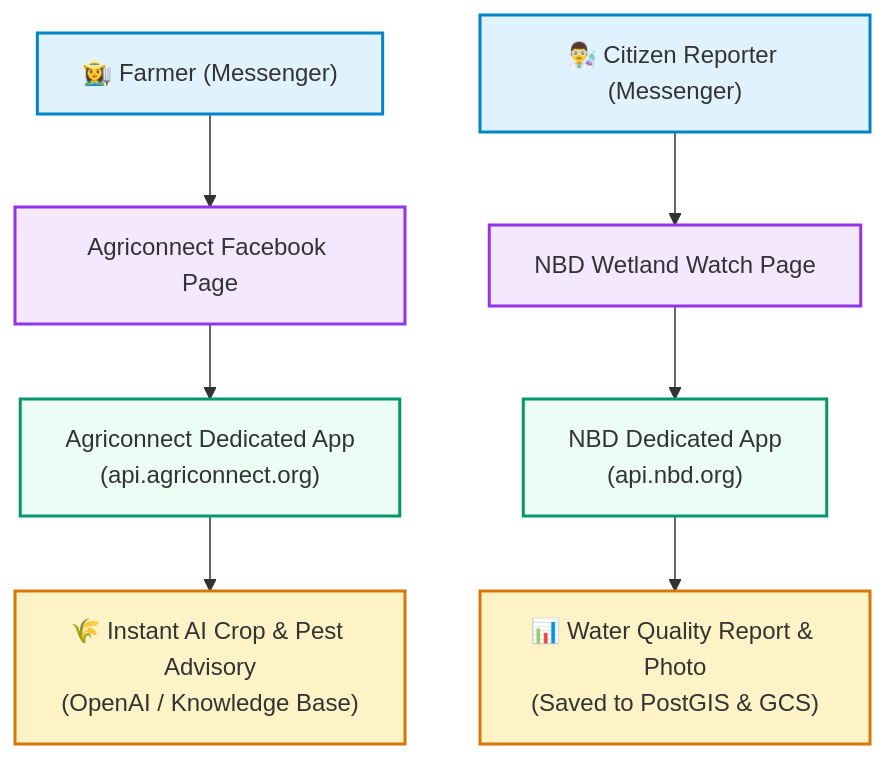
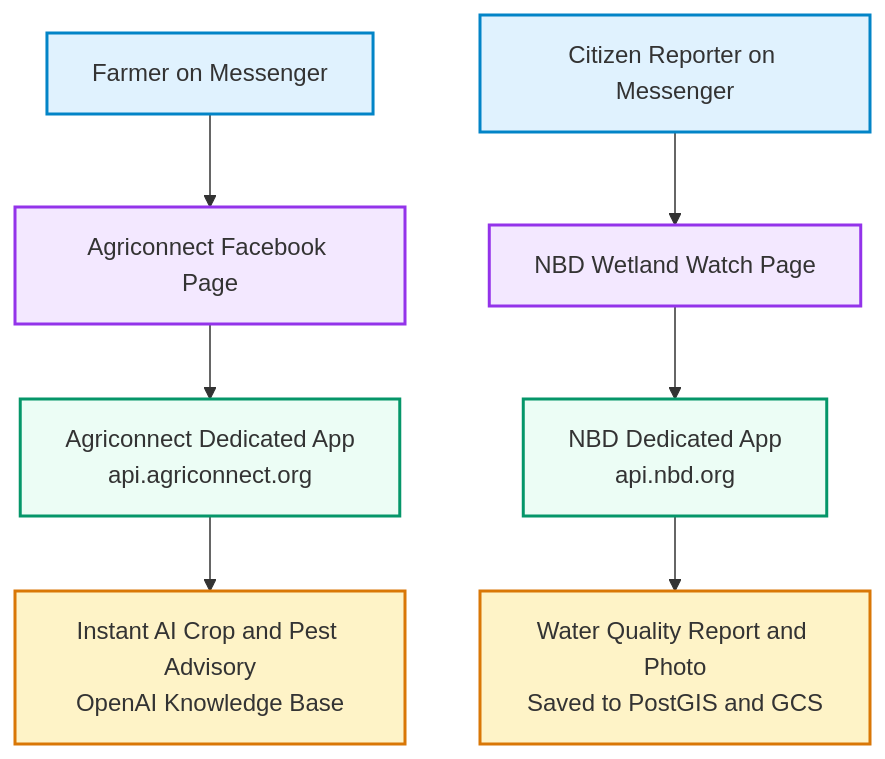
Before and after one commit to akvo/nbd-phase-1: the first of 2 diagrams in docs/facebook_messenger_exploration_executive_summary.md, drawn with Mermaid. The commit also changed other lines of this file and 1 other file, not shown here.

Commit message:
[#170] fix(docs): harden mermaid syntax and quote subgraph titles for github renderer

````diff
--- a/docs/facebook_messenger_exploration_executive_summary.md
+++ b/docs/facebook_messenger_exploration_executive_summary.md
@@ -97,16 +97,16 @@
 ```mermaid
 flowchart TD
     classDef client fill:#e0f2fe,stroke:#0284c7,stroke-width:2px;
     classDef meta fill:#f3e8ff,stroke:#9333ea,stroke-width:2px;
     classDef backend fill:#ecfdf5,stroke:#059669,stroke-width:2px;
     classDef storage fill:#fef3c7,stroke:#d97706,stroke-width:2px;
 
-    UserA["👩‍🌾 Farmer (Messenger)"]:::client --> PageA["Agriconnect Facebook Page"]:::meta
-    UserB["👨‍🔬 Citizen Reporter (Messenger)"]:::client --> PageB["NBD Wetland Watch Page"]:::meta
+    UserA["Farmer on Messenger"]:::client --> PageA["Agriconnect Facebook Page"]:::meta
+    UserB["Citizen Reporter on Messenger"]:::client --> PageB["NBD Wetland Watch Page"]:::meta
 
-    PageA --> AppA["Agriconnect Dedicated App\n(api.agriconnect.org)"]:::backend
-    PageB --> AppB["NBD Dedicated App\n(api.nbd.org)"]:::backend
+    PageA --> AppA["Agriconnect Dedicated App<br/>api.agriconnect.org"]:::backend
+    PageB --> AppB["NBD Dedicated App<br/>api.nbd.org"]:::backend
 
-    AppA --> OutputA["🌾 Instant AI Crop & Pest Advisory\n(OpenAI / Knowledge Base)"]:::storage
-    AppB --> OutputB["📊 Water Quality Report & Photo\n(Saved to PostGIS & GCS)"]:::storage
+    AppA --> OutputA["Instant AI Crop and Pest Advisory<br/>OpenAI Knowledge Base"]:::storage
+    AppB --> OutputB["Water Quality Report and Photo<br/>Saved to PostGIS and GCS"]:::storage
 ```
````
